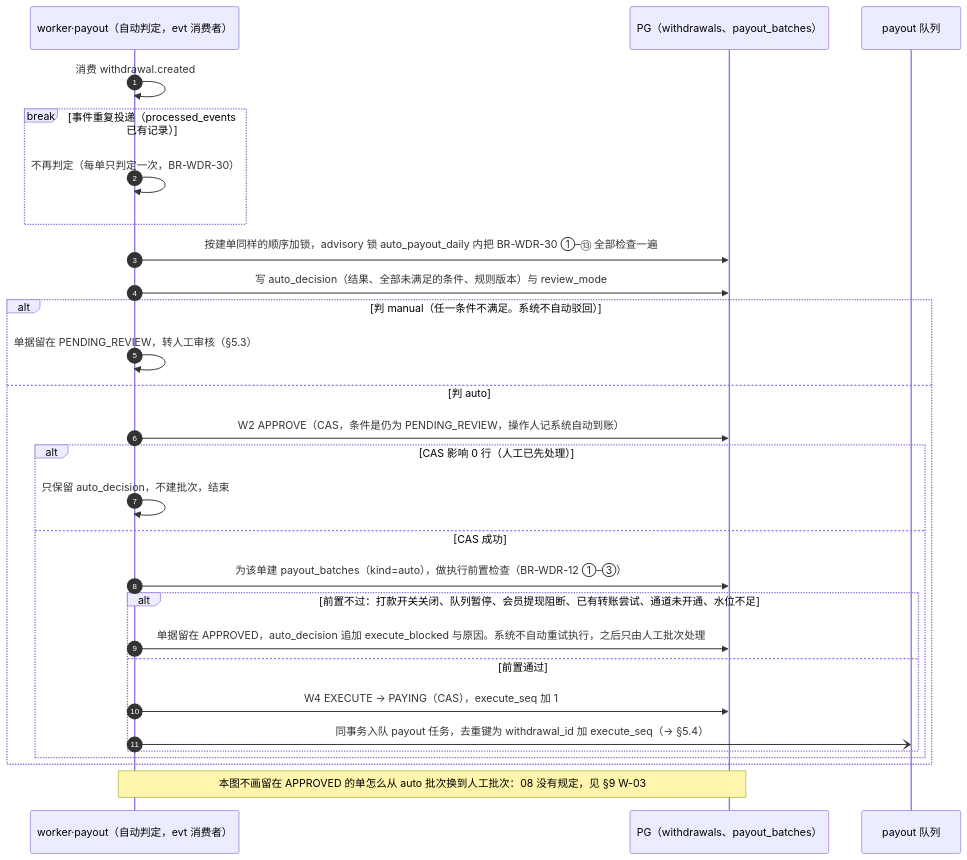
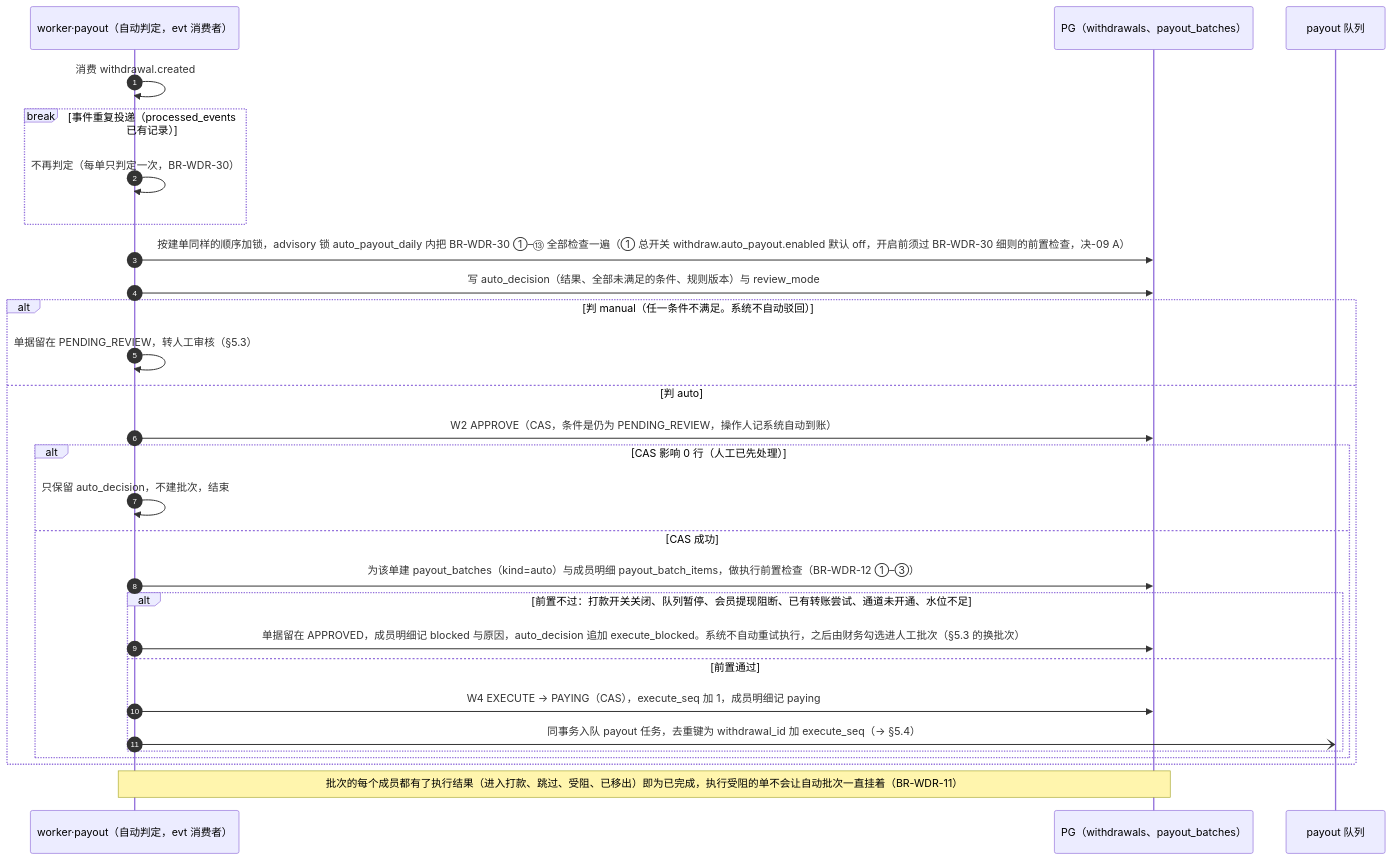
Before and after one commit to zora4523-bot/couli: diagram 30 of 46 in 规划/12_关键流程与状态图.md, drawn with Mermaid. The commit also changed other lines of this file, not shown here.

````diff
--- a/规划/12_关键流程与状态图.md
+++ b/规划/12_关键流程与状态图.md
@@ -2081,31 +2103,31 @@
 ```mermaid
 sequenceDiagram
   autonumber
   participant W as worker·payout（自动判定，evt 消费者）
   participant DB as PG（withdrawals、payout_batches）
   participant Q as payout 队列
 
   W->>W: 消费 withdrawal.created
   break 事件重复投递（processed_events 已有记录）
     W->>W: 不再判定（每单只判定一次，BR-WDR-30）
   end
-  W->>DB: 按建单同样的顺序加锁，advisory 锁 auto_payout_daily 内把 BR-WDR-30 ①–⑬ 全部检查一遍
+  W->>DB: 按建单同样的顺序加锁，advisory 锁 auto_payout_daily 内把 BR-WDR-30 ①–⑬ 全部检查一遍（① 总开关 withdraw.auto_payout.enabled 默认 off，开启前须过 BR-WDR-30 细则的前置检查，决-09 A）
   W->>DB: 写 auto_decision（结果、全部未满足的条件、规则版本）与 review_mode
   alt 判 manual（任一条件不满足。系统不自动驳回）
     W->>W: 单据留在 PENDING_REVIEW，转人工审核（§5.3）
   else 判 auto
     W->>DB: W2 APPROVE（CAS，条件是仍为 PENDING_REVIEW，操作人记系统自动到账）
     alt CAS 影响 0 行（人工已先处理）
       W->>W: 只保留 auto_decision，不建批次，结束
     else CAS 成功
-      W->>DB: 为该单建 payout_batches（kind=auto），做执行前置检查（BR-WDR-12 ①–③）
+      W->>DB: 为该单建 payout_batches（kind=auto）与成员明细 payout_batch_items，做执行前置检查（BR-WDR-12 ①–③）
       alt 前置不过：打款开关关闭、队列暂停、会员提现阻断、已有转账尝试、通道未开通、水位不足
-        W->>DB: 单据留在 APPROVED，auto_decision 追加 execute_blocked 与原因。系统不自动重试执行，之后只由人工批次处理
+        W->>DB: 单据留在 APPROVED，成员明细记 blocked 与原因，auto_decision 追加 execute_blocked。系统不自动重试执行，之后由财务勾选进人工批次（§5.3 的换批次）
       else 前置通过
-        W->>DB: W4 EXECUTE → PAYING（CAS），execute_seq 加 1
+        W->>DB: W4 EXECUTE → PAYING（CAS），execute_seq 加 1，成员明细记 paying
         W-)Q: 同事务入队 payout 任务，去重键为 withdrawal_id 加 execute_seq（→ §5.4）
       end
     end
   end
-  Note over W,DB: 本图不画留在 APPROVED 的单怎么从 auto 批次换到人工批次：08 没有规定，见 §9 W-03
+  Note over W,DB: 批次的每个成员都有了执行结果（进入打款、跳过、受阻、已移出）即为已完成，执行受阻的单不会让自动批次一直挂着（BR-WDR-11）
 ```
````
